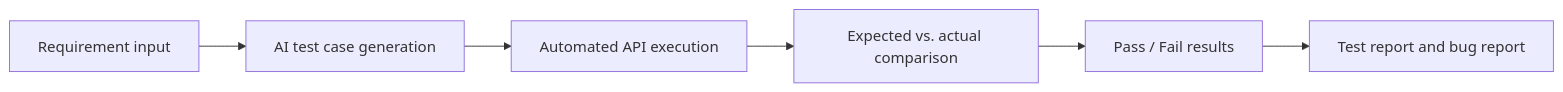
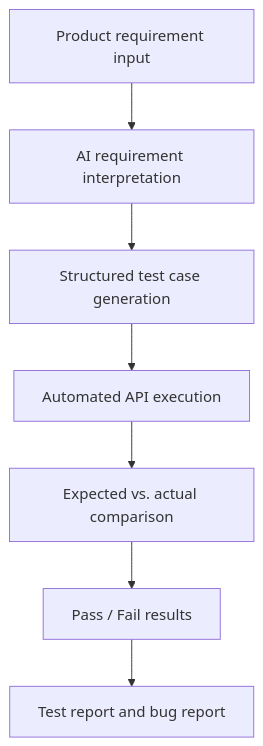
Before and after one commit to Yuchen-Zhou-ucsc/AI_Testing_Plugin_Project: the diagram in README.md, drawn with Mermaid. The commit also changed other lines of this file and 9 other files, not shown here.

````diff
--- a/README.md
+++ b/README.md
@@ -9,8 +9,9 @@
 ```mermaid
-flowchart LR
-    A[Requirement input] --> B[AI test case generation]
-    B --> C[Automated API execution]
-    C --> D[Expected vs. actual comparison]
-    D --> E[Pass / Fail results]
-    E --> F[Test report and bug report]
+flowchart TD
+    A[Product requirement input] --> B[AI requirement interpretation]
+    B --> C[Structured test case generation]
+    C --> D[Automated API execution]
+    D --> E[Expected vs. actual comparison]
+    E --> F[Pass / Fail results]
+    F --> G[Test report and bug report]
 ```
````
